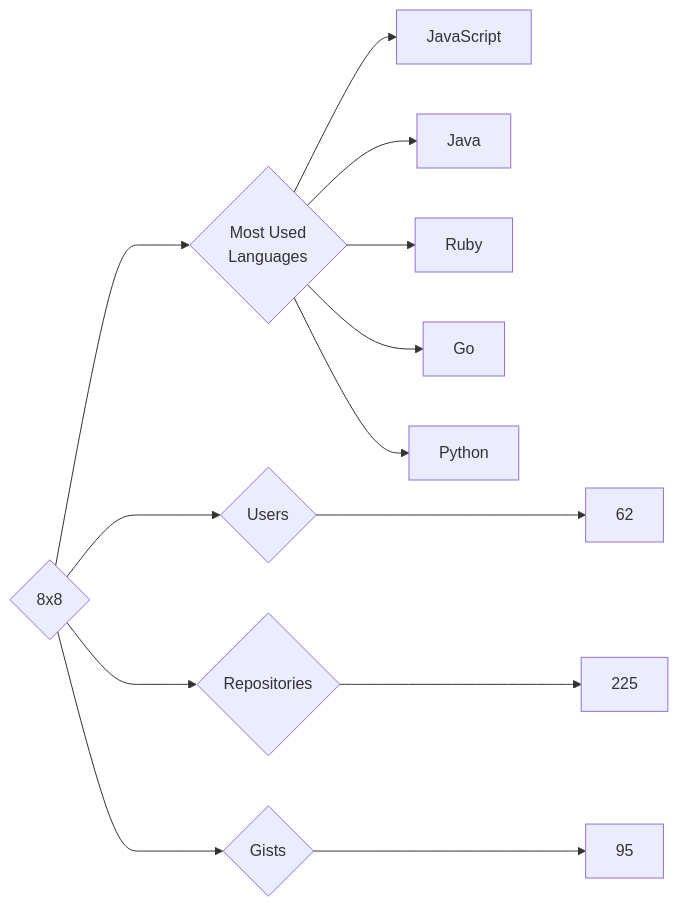
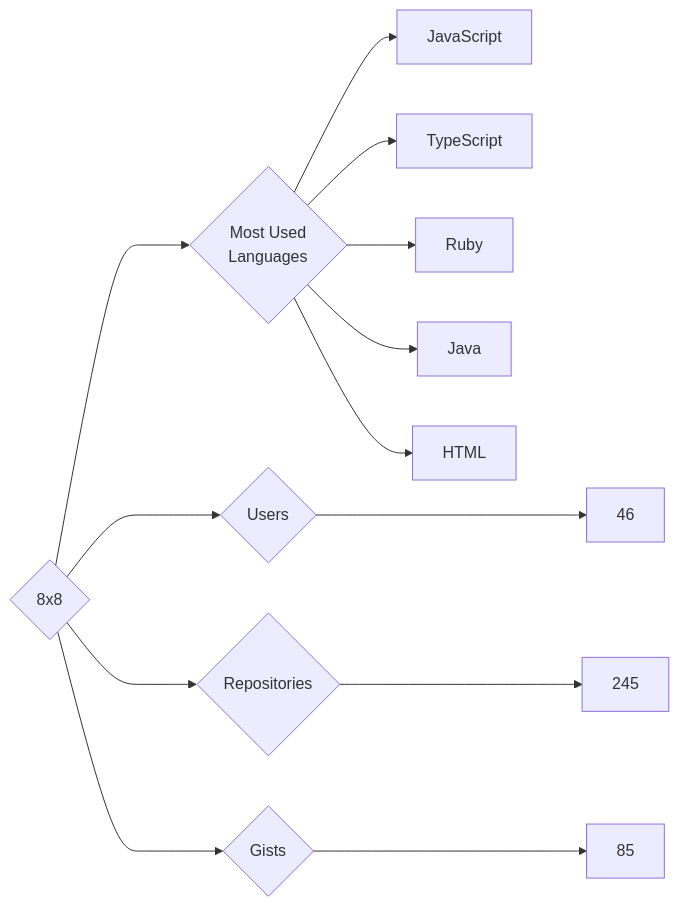
One commit to trickest/insiders changed the diagram in targets/8x8/README.md. Above: the diagram before and after it, drawn with Mermaid. The commit also changed 752 other files, not shown here.

````diff
--- a/targets/8x8/README.md
+++ b/targets/8x8/README.md
@@ -3,13 +3,13 @@
 ```mermaid
 graph LR
 COMPANY_NAME{8x8}
-COMPANY_NAME ---> U{Users} ---> UN[62]
-COMPANY_NAME ---> R{Repositories} ---> RN[225]
-COMPANY_NAME ---> G{Gists} ---> GN[95]
+COMPANY_NAME ---> U{Users} ---> UN[46]
+COMPANY_NAME ---> R{Repositories} ---> RN[245]
+COMPANY_NAME ---> G{Gists} ---> GN[85]
 COMPANY_NAME ---> ML{Most Used<br>Languages}
 ML --> JavaScript[JavaScript]
+ML --> TypeScript[TypeScript]
+ML --> Ruby[Ruby]
 ML --> Java[Java]
-ML --> Ruby[Ruby]
-ML --> Go[Go]
-ML --> Python[Python]
+ML --> HTML[HTML]
 ```
````
